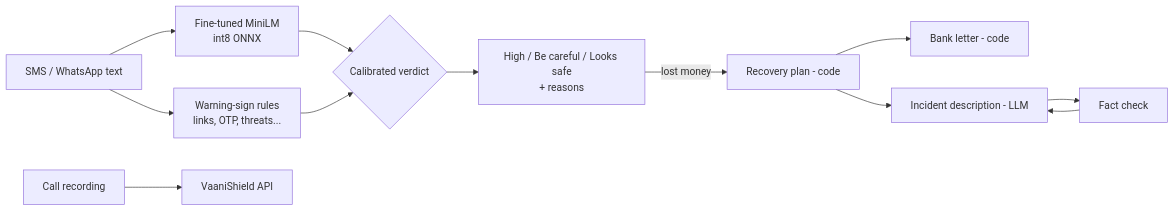
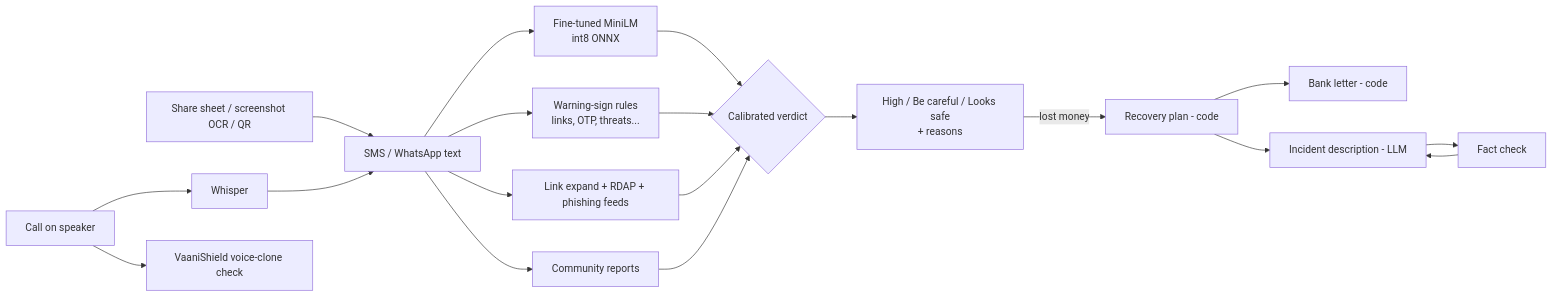
One commit to shravankasar37/Kavach2.0 changed the diagram in README.md. Above: the diagram before and after it, drawn with Mermaid. The commit also changed other lines of this file and 50 other files, not shown here.

First line of the commit message:
Kavach 2.0: share-to-Kavach, Hindi/Marathi + read-aloud, OCR, link/QR/UPI checks, Call Guard, community reports

````diff
--- a/README.md
+++ b/README.md
@@ -32,12 +47,16 @@
 ```mermaid
 flowchart LR
     M[SMS / WhatsApp text] --> C[Fine-tuned MiniLM<br/>int8 ONNX]
     M --> S[Warning-sign rules<br/>links, OTP, threats...]
     C --> V{Calibrated verdict}
     S --> V
     V --> U[High / Be careful / Looks safe<br/>+ reasons]
     U -->|lost money| R[Recovery plan - code]
     R --> L[Bank letter - code]
     R --> N[Incident description - LLM] --> F[Fact check] --> N
-    A[Call recording] --> VS[VaaniShield API]
+    SH[Share sheet / screenshot OCR / QR] --> M
+    K[Call on speaker] --> W[Whisper] --> M
+    K --> VS[VaaniShield voice-clone check]
+    M --> LK[Link expand + RDAP + phishing feeds] --> V
+    M --> CR[Community reports] --> V
 ```
````
